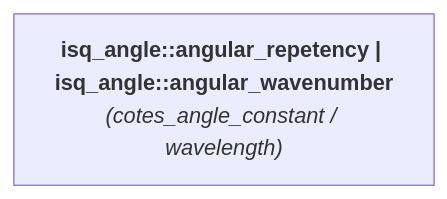
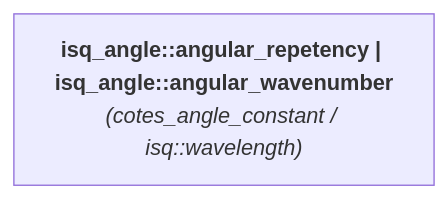
Before and after one commit to mpusz/mp-units: the diagram in docs/reference/systems_reference/hierarchies/angular_repetency_isq_angle.md, drawn with Mermaid. The commit also changed 27 other files, not shown here.

````diff
--- a/docs/reference/systems_reference/hierarchies/angular_repetency_isq_angle.md
+++ b/docs/reference/systems_reference/hierarchies/angular_repetency_isq_angle.md
@@ -8,4 +8,4 @@
 ```mermaid
 flowchart LR
-    isq_angle_angular_repetency["<b>isq_angle::angular_repetency | isq_angle::angular_wavenumber</b><br><i>(cotes_angle_constant / wavelength)</i>"]
+    isq_angle_angular_repetency["<b>isq_angle::angular_repetency | isq_angle::angular_wavenumber</b><br><i>(cotes_angle_constant / isq::wavelength)</i>"]
 ```
````
